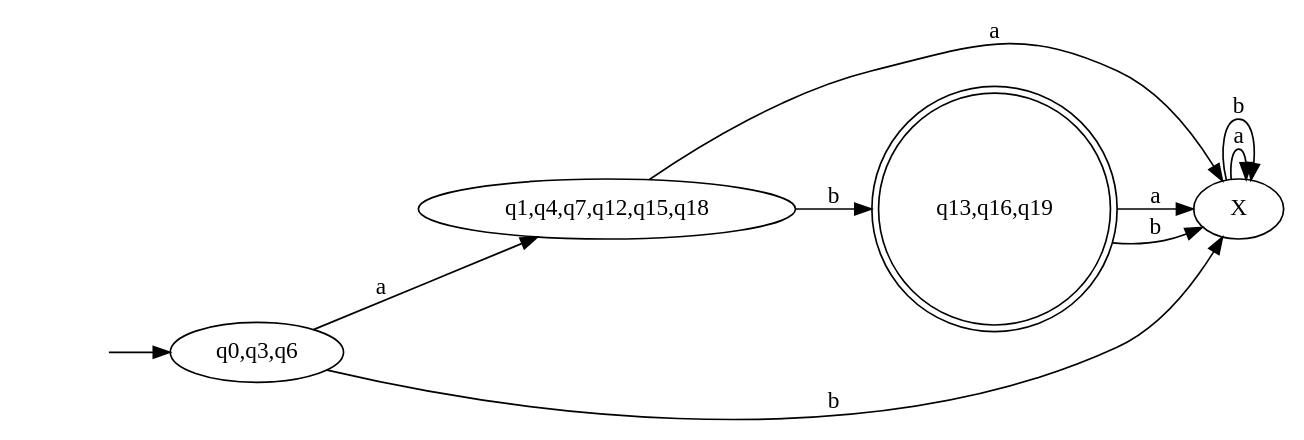
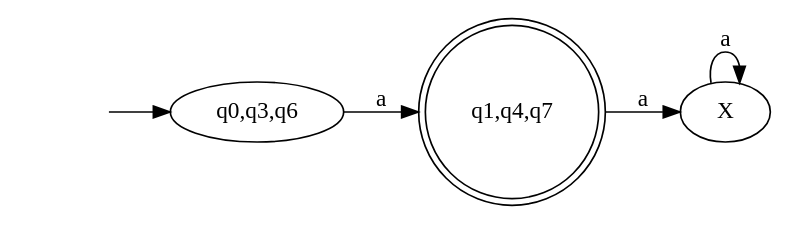
Before and after one commit to Squarific/TalenEnAutomaten: the diagram in step3.gv, drawn with Graphviz. The commit also changed 16 other files, not shown here.

```diff
--- a/step3.gv
+++ b/step3.gv
@@ -1,14 +1,9 @@
 digraph "new_DFA" {
 	rankdir=LR
 	-1[style="invis"];
 	-1->"q0,q3,q6";
-	"q0,q3,q6" -> "q1,q4,q7,q12,q15,q18" [label="a"]
-	"q0,q3,q6" -> "X" [label="b"]
-	"q1,q4,q7,q12,q15,q18" -> "X" [label="a"]
-	"q1,q4,q7,q12,q15,q18" -> "q13,q16,q19" [label="b"]
-	"q13,q16,q19" -> "X" [label="a"]
-	"q13,q16,q19" -> "X" [label="b"]
+	"q0,q3,q6" -> "q1,q4,q7" [label="a"]
+	"q1,q4,q7" -> "X" [label="a"]
 	"X" -> "X" [label="a"]
-	"X" -> "X" [label="b"]
-	"q13,q16,q19"[shape="doublecircle"];
+	"q1,q4,q7"[shape="doublecircle"];
 }
```
